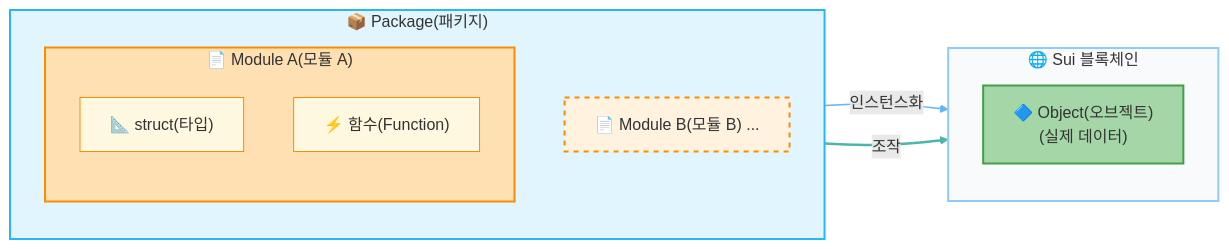
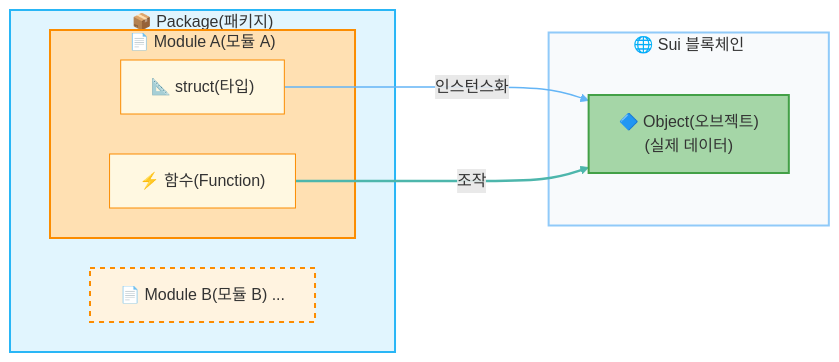
Before and after one commit to suidevgru/suidevgru.github.io: the diagram in i18n/ko/docusaurus-plugin-content-docs/current/learn/beginner/L13-learn-move-mechanics.mdx, drawn with Mermaid. The commit also changed 3 other files, not shown here.

First line of the commit message:
Fix L13 Mermaid Package label readability in dark mode

````diff
--- a/i18n/ko/docusaurus-plugin-content-docs/current/learn/beginner/L13-learn-move-mechanics.mdx
+++ b/i18n/ko/docusaurus-plugin-content-docs/current/learn/beginner/L13-learn-move-mechanics.mdx
@@ -23,40 +23,36 @@
 ```mermaid
+%%{init: {'theme':'default','flowchart':{'rankSpacing':80,'nodeSpacing':40}}}%%
 flowchart LR
     %% --- 왼쪽: 패키지 ---
     subgraph Pkg ["📦 Package(패키지)"]
-        direction TB
-        
         subgraph ModA ["📄 Module A(모듈 A)"]
-            direction TB
             TypeA["📐 struct(타입)"]
             FuncA["⚡ 함수(Function)"]
         end
-        
         ModB["📄 Module B(모듈 B) ..."]
     end
 
     %% --- 오른쪽: 블록체인 ---
     subgraph Chain ["🌐 Sui 블록체인"]
-        direction TB
         Obj["🔷 Object(오브젝트)<br/>(실제 데이터)"]
     end
 
     %% --- 화살표 ---
     TypeA -->|"인스턴스화"| Obj
     FuncA ==>|"조작"| Obj
 
     %% --- 링크 스타일링 ---
     linkStyle 0 stroke:#64b5f6,stroke-width:1.5px
     linkStyle 1 stroke:#4db6ac,stroke-width:2.5px
 
     %% --- 스타일링 ---
-    style Pkg fill:#e1f5fe,stroke:#29b6f6,stroke-width:2px,color:#333
+    style Pkg fill:#e1f5fe,stroke:#29b6f6,stroke-width:2px
     style ModA fill:#ffe0b2,stroke:#fb8c00,stroke-width:2px,color:#333
     style ModB fill:#fff3e0,stroke:#fb8c00,stroke-width:2px,stroke-dasharray: 5 5,color:#333
 
     style TypeA fill:#fff8e1,stroke:#fb8c00,color:#333
     style FuncA fill:#fff8e1,stroke:#fb8c00,color:#333
 
     style Chain fill:#f8fafc,stroke:#90caf9,stroke-width:2px,color:#333
     style Obj fill:#a5d6a7,stroke:#43a047,stroke-width:2px,color:#333
 ```
````
